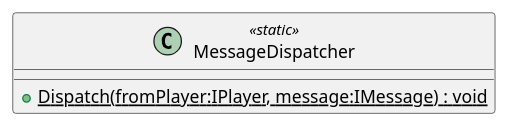
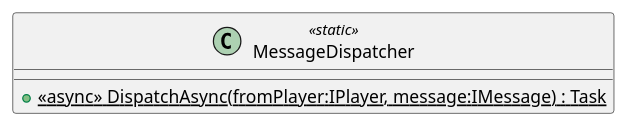
One commit to denmasch/Mensch-aergere-dich-nicht changed the diagram in Uml/MadnServer/Gamelogic/MessageDispatcher.puml. Above: the diagram before and after it, drawn with PlantUML. The commit also changed 19 other files, not shown here.

Commit message:
refresh uml diagrams

```diff
--- a/Uml/MadnServer/Gamelogic/MessageDispatcher.puml
+++ b/Uml/MadnServer/Gamelogic/MessageDispatcher.puml
@@ -1,5 +1,5 @@
 @startuml
 class MessageDispatcher <<static>> {
-    + {static} Dispatch(fromPlayer:IPlayer, message:IMessage) : void
+    + {static} <<async>> DispatchAsync(fromPlayer:IPlayer, message:IMessage) : Task
 }
 @enduml
```
